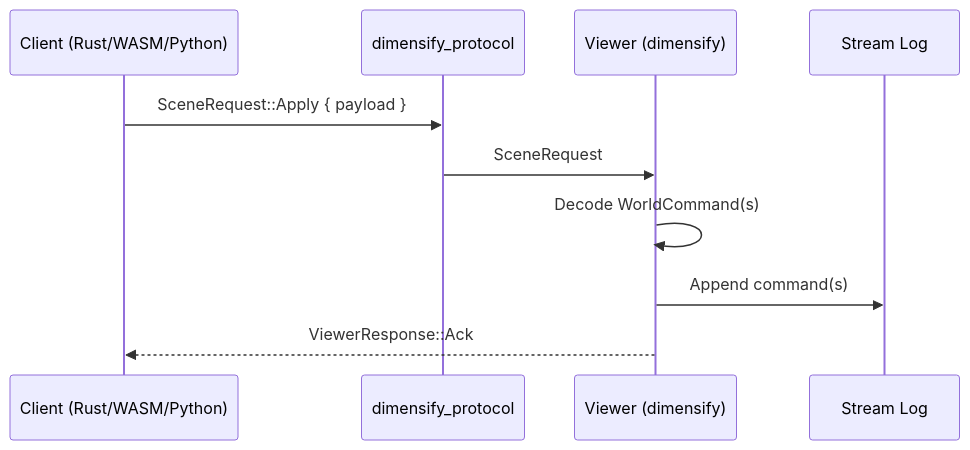
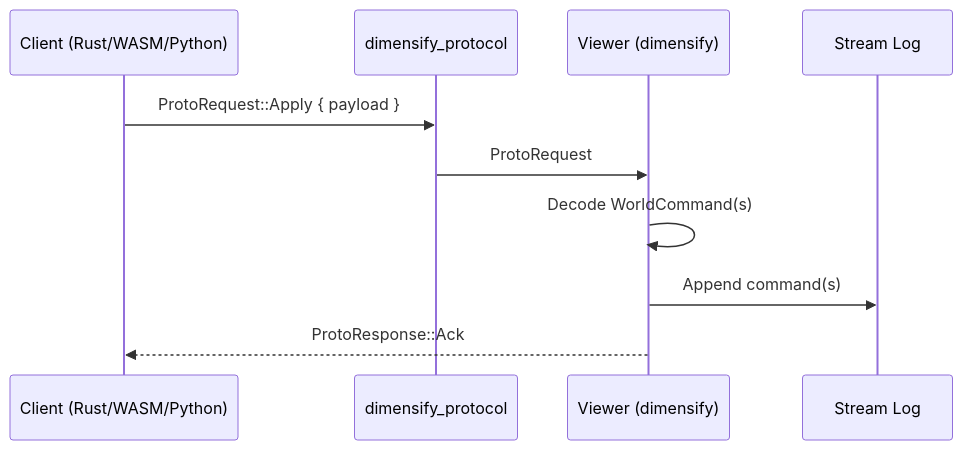
One commit to soraxas/dimensify changed the diagram in docs/overview.md. Above: the diagram before and after it, drawn with Mermaid. The commit also changed other lines of this file and 41 other files, not shown here.

````diff
--- a/docs/overview.md
+++ b/docs/overview.md
@@ -54,13 +54,13 @@
 ```mermaid
 sequenceDiagram
     participant Client as Client (Rust/WASM/Python)
     participant Transport as dimensify_protocol
     participant Viewer as Viewer (dimensify)
     participant Stream as Stream Log
 
-    Client->>Transport: SceneRequest::Apply { payload }
-    Transport->>Viewer: SceneRequest
+    Client->>Transport: ProtoRequest::Apply { payload }
+    Transport->>Viewer: ProtoRequest
     Viewer->>Viewer: Decode WorldCommand(s)
     Viewer->>Stream: Append command(s)
-    Viewer-->>Client: ViewerResponse::Ack
+    Viewer-->>Client: ProtoResponse::Ack
 ```
````
